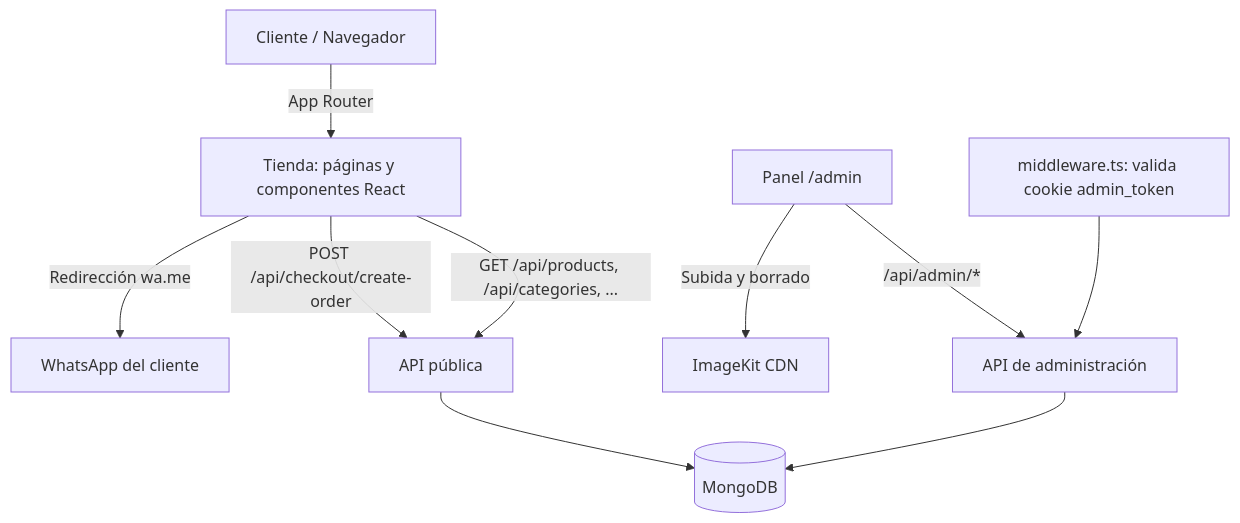
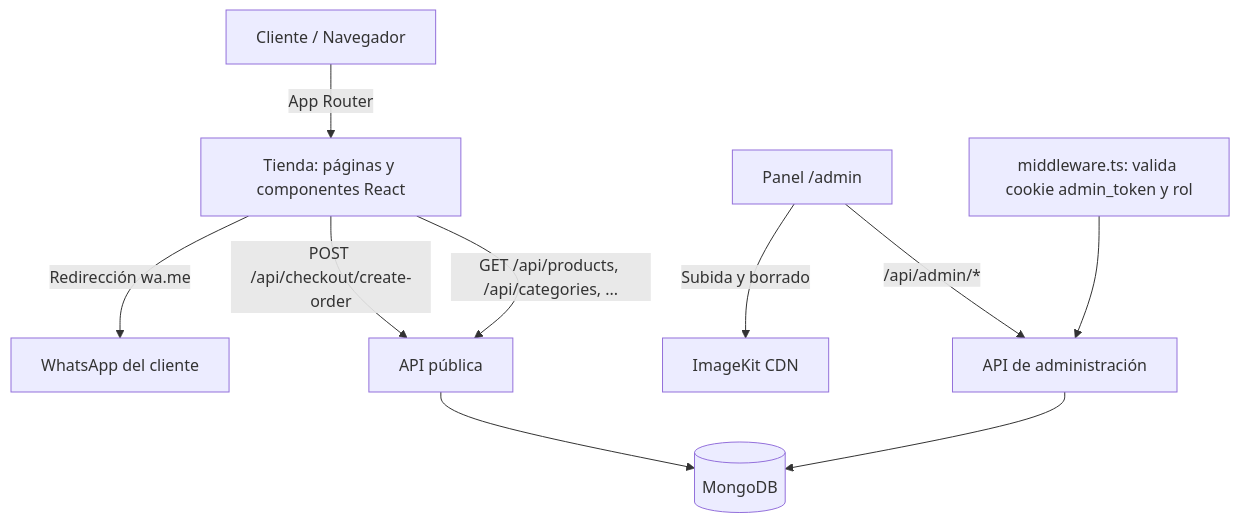
Before and after one commit to cajimenez96/cj-store: the diagram in docs/arquitectura.md, drawn with Mermaid. The commit also changed other lines of this file and 1 other file, not shown here.

````diff
--- a/docs/arquitectura.md
+++ b/docs/arquitectura.md
@@ -22,12 +22,12 @@
 ```mermaid
 flowchart TD
     Client[Cliente / Navegador] -->|App Router| Storefront[Tienda: páginas y componentes React]
     Storefront -->|GET /api/products, /api/categories, ...| PublicAPI[API pública]
     Storefront -->|POST /api/checkout/create-order| PublicAPI
     Storefront -->|Redirección wa.me| WhatsApp[WhatsApp del cliente]
     Admin[Panel /admin] -->|/api/admin/*| AdminAPI[API de administración]
-    Middleware[middleware.ts: valida cookie admin_token] --> AdminAPI
+    Middleware[middleware.ts: valida cookie admin_token y rol] --> AdminAPI
     PublicAPI --> Mongo[(MongoDB)]
     AdminAPI --> Mongo
     Admin -->|Subida y borrado| ImageKit[ImageKit CDN]
 ```
````
